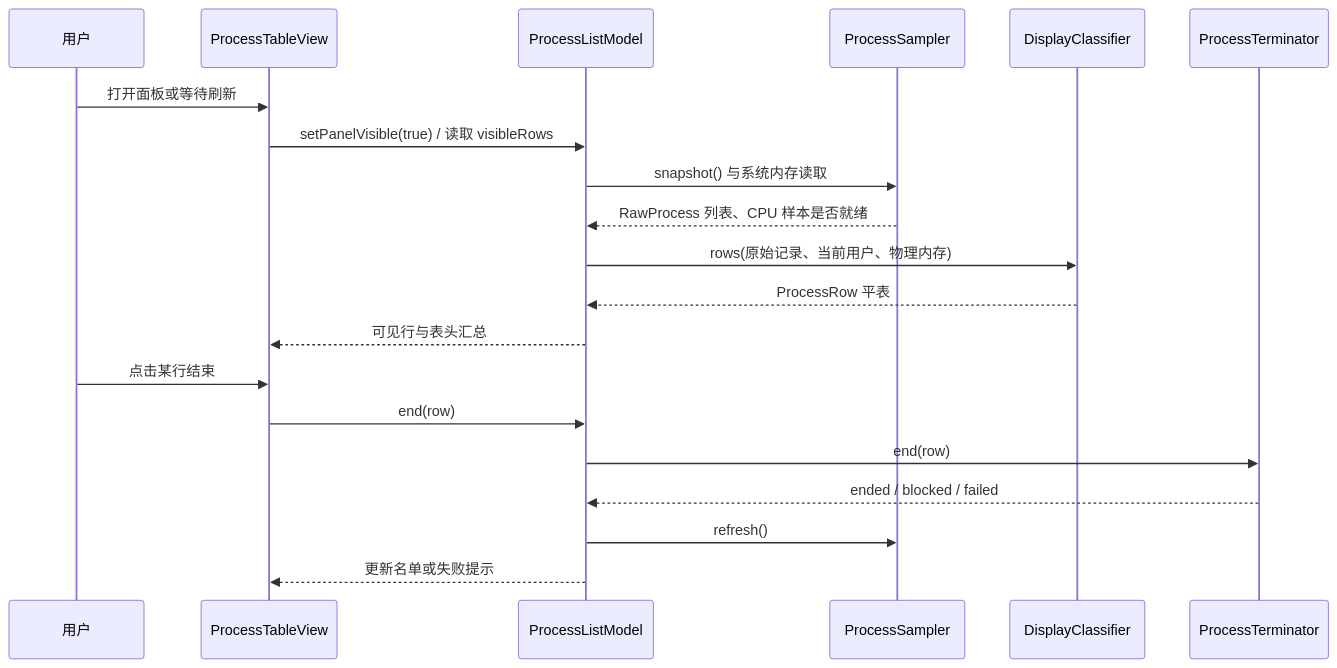
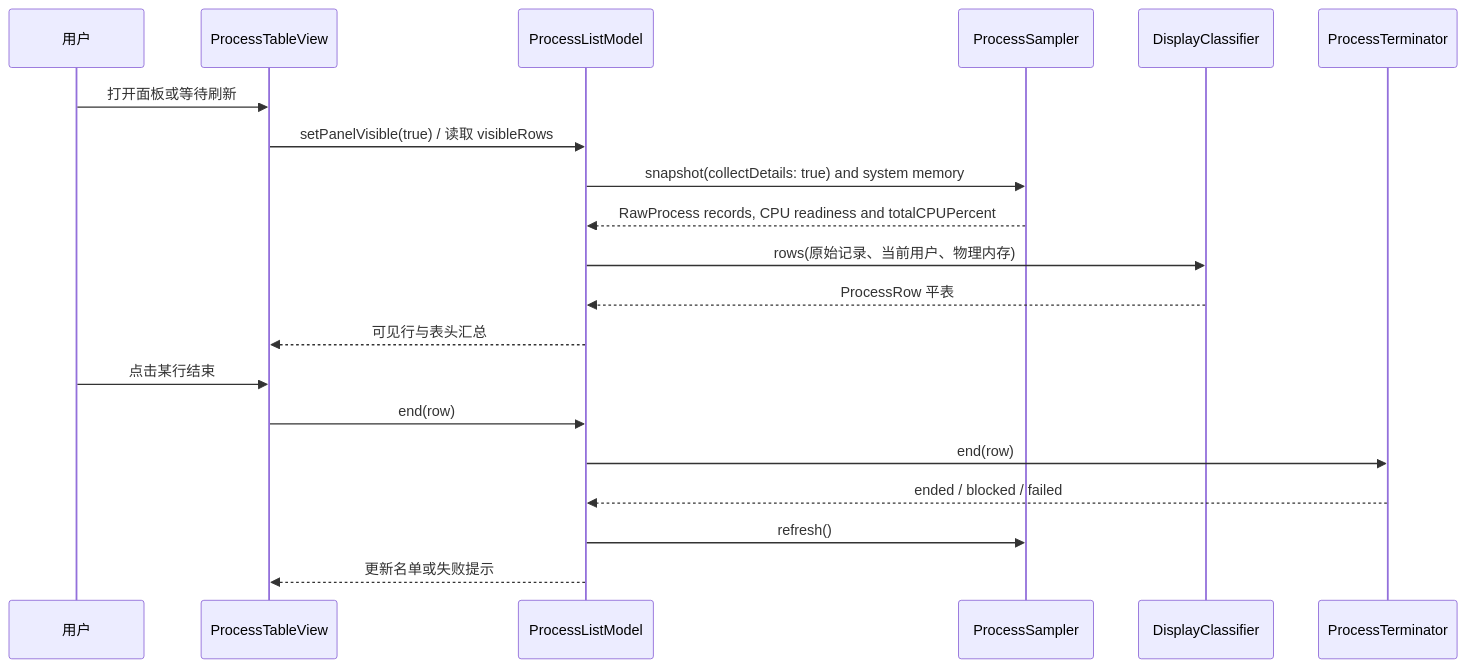
One commit to x0c/MacResourceMonitor changed the second of 2 diagrams in docs/PROCESS_MONITORING_AND_TERMINATION_KNOWLEDGE_BASE.md. Above: the diagram before and after it, drawn with Mermaid. The commit also changed other lines of this file and 44 other files, not shown here.

````diff
--- a/docs/PROCESS_MONITORING_AND_TERMINATION_KNOWLEDGE_BASE.md
+++ b/docs/PROCESS_MONITORING_AND_TERMINATION_KNOWLEDGE_BASE.md
@@ -65,23 +179,23 @@
 ```mermaid
 sequenceDiagram
     participant U as 用户
     participant V as ProcessTableView
     participant M as ProcessListModel
     participant S as ProcessSampler
     participant C as DisplayClassifier
     participant T as ProcessTerminator
 
     U->>V: 打开面板或等待刷新
     V->>M: setPanelVisible(true) / 读取 visibleRows
-    M->>S: snapshot() 与系统内存读取
-    S-->>M: RawProcess 列表、CPU 样本是否就绪
+    M->>S: snapshot(collectDetails: true) and system memory
+    S-->>M: RawProcess records, CPU readiness and totalCPUPercent
     M->>C: rows(原始记录、当前用户、物理内存)
     C-->>M: ProcessRow 平表
     M-->>V: 可见行与表头汇总
     U->>V: 点击某行结束
     V->>M: end(row)
     M->>T: end(row)
     T-->>M: ended / blocked / failed
     M->>S: refresh()
     M-->>V: 更新名单或失败提示
 ```
````
